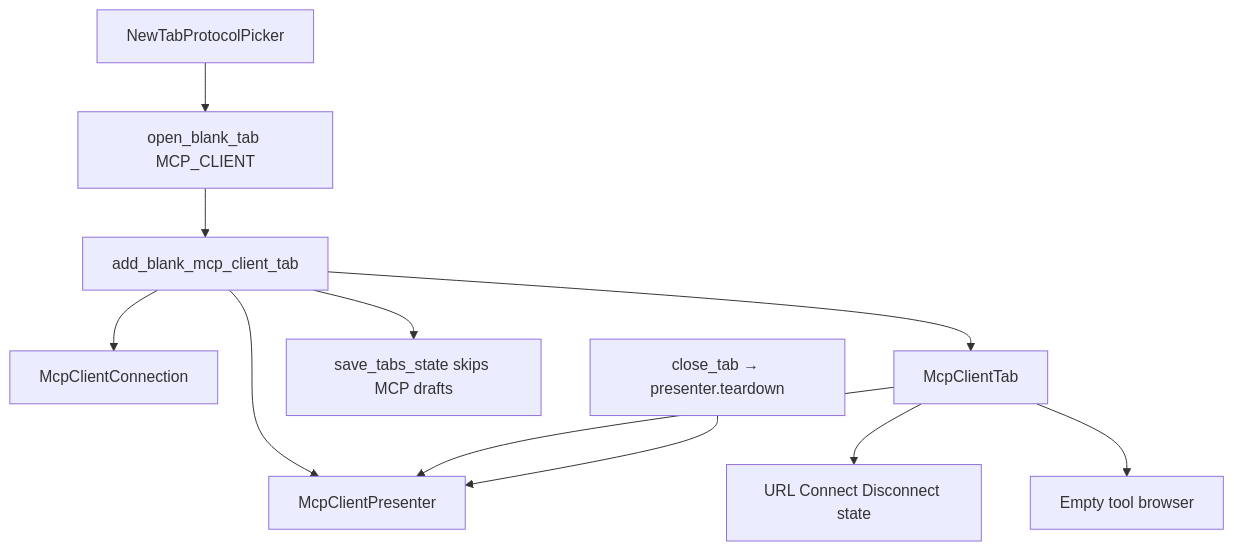
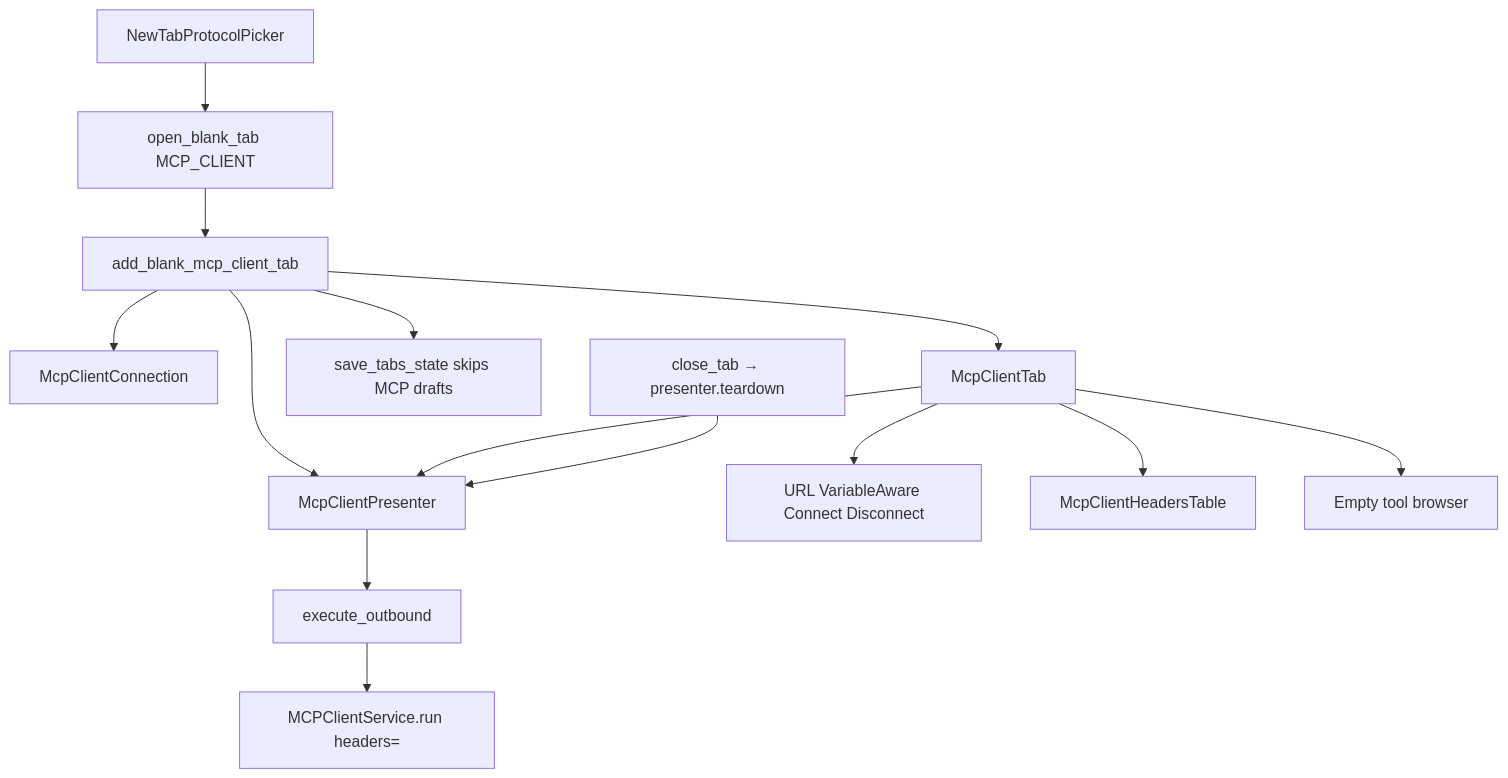
The diagram in doc/dev/mcp_client_draft_tab.md (koctep/pypost), drawn with Mermaid before and after one commit. The commit also changed other lines of this file and 26 other files, not shown here.

First line of the commit message:
feature(tabs): PYPOST-1167 add MCP Client headers table with env templating

````diff
--- a/doc/dev/mcp_client_draft_tab.md
+++ b/doc/dev/mcp_client_draft_tab.md
@@ -47,24 +60,30 @@
 ```mermaid
 flowchart TB
     Picker["NewTabProtocolPicker"]
     OpenBlank["open_blank_tab MCP_CLIENT"]
     Factory["add_blank_mcp_client_tab"]
     Conn["McpClientConnection"]
     Pres["McpClientPresenter"]
     Tab["McpClientTab"]
-    Bar["URL Connect Disconnect state"]
+    Bar["URL VariableAware Connect Disconnect"]
+    Hdr["McpClientHeadersTable"]
     Tools["Empty tool browser"]
     Save["save_tabs_state skips MCP drafts"]
     Close["close_tab → presenter.teardown"]
+    Exec["execute_outbound"]
+    Svc["MCPClientService.run headers="]
 
     Picker --> OpenBlank
     OpenBlank --> Factory
     Factory --> Conn
     Factory --> Pres
     Factory --> Tab
     Tab --> Bar
+    Tab --> Hdr
     Tab --> Tools
     Tab --> Pres
     Factory --> Save
     Close --> Pres
+    Pres --> Exec
+    Exec --> Svc
 ```
````
